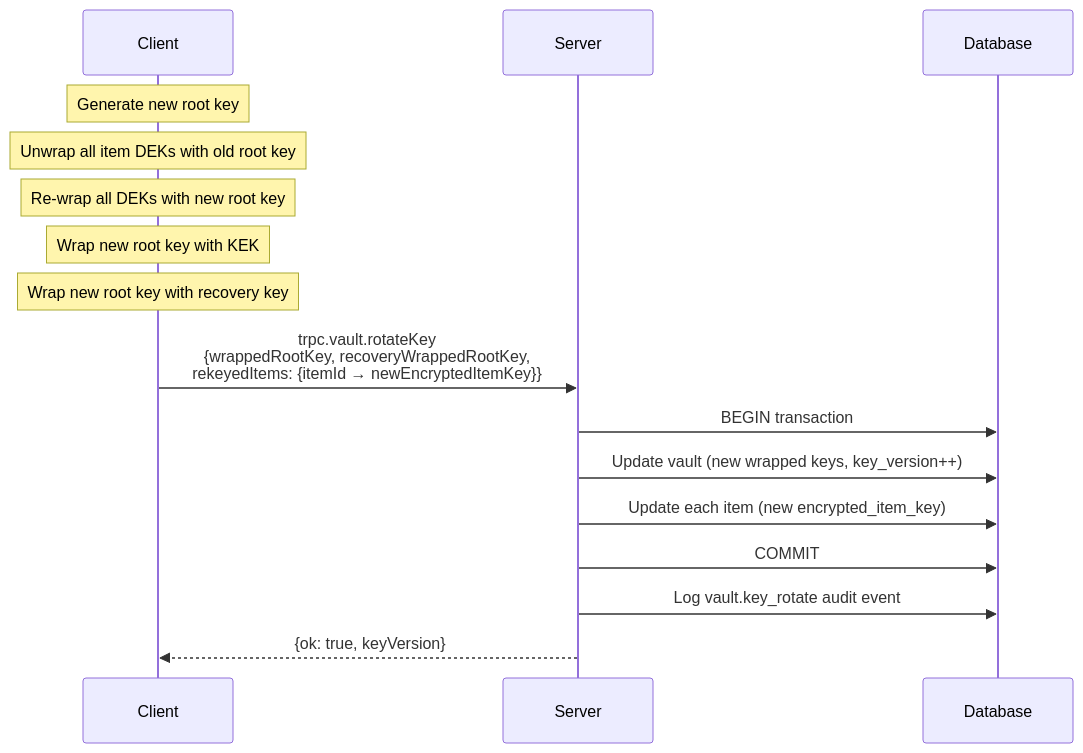
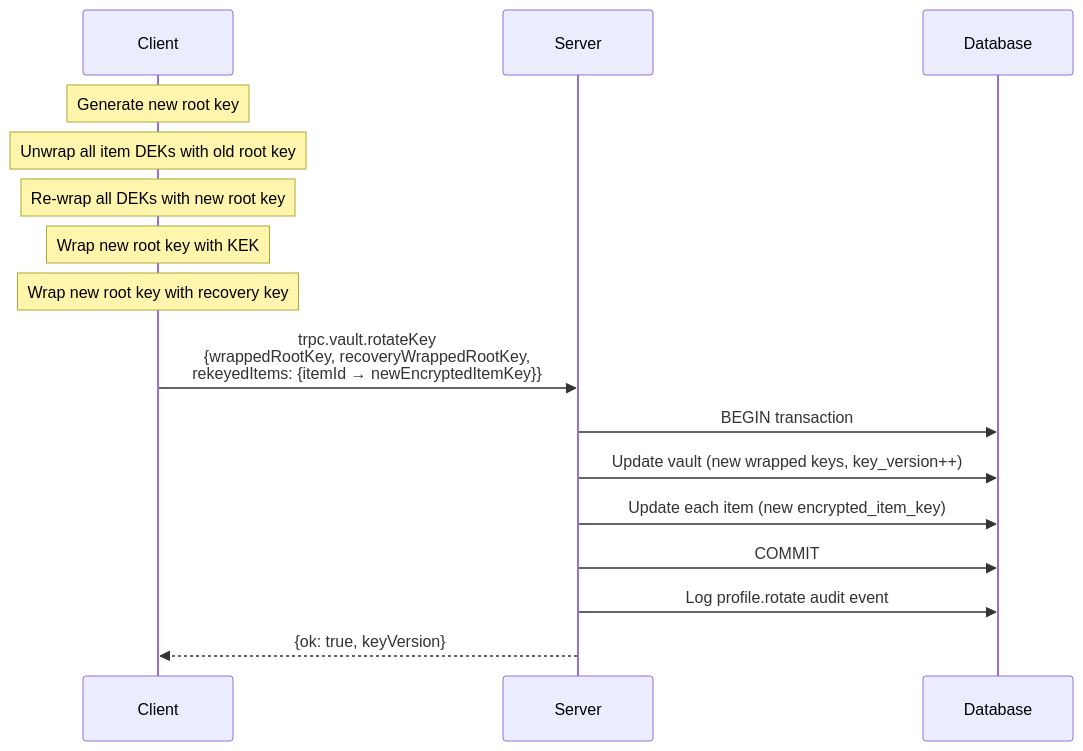
The third of 3 diagrams in docs/ENVELOPE_SPEC.md (punitarani/abadge), drawn with Mermaid before and after one commit. The commit also changed 55 other files, not shown here.

````diff
--- a/docs/ENVELOPE_SPEC.md
+++ b/docs/ENVELOPE_SPEC.md
@@ -208,20 +208,20 @@
 ```mermaid
 sequenceDiagram
   participant User as Client
   participant API as Server
   participant DB as Database
 
   Note over User: Generate new root key
   Note over User: Unwrap all item DEKs with old root key
   Note over User: Re-wrap all DEKs with new root key
   Note over User: Wrap new root key with KEK
   Note over User: Wrap new root key with recovery key
 
   User->>API: trpc.vault.rotateKey<br/>{wrappedRootKey, recoveryWrappedRootKey,<br/>rekeyedItems: {itemId → newEncryptedItemKey}}
   API->>DB: BEGIN transaction
   API->>DB: Update vault (new wrapped keys, key_version++)
   API->>DB: Update each item (new encrypted_item_key)
   API->>DB: COMMIT
-  API->>DB: Log vault.key_rotate audit event
+  API->>DB: Log profile.rotate audit event
   API-->>User: {ok: true, keyVersion}
 ```
````
